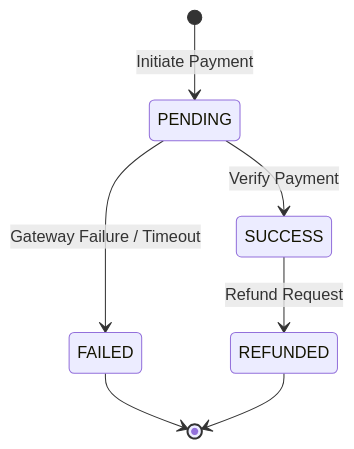
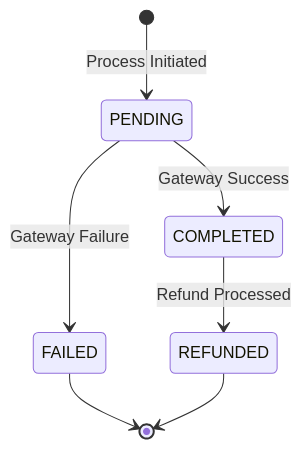
The second of 2 diagrams in docs/Payment.md (Amitgupta0001/amazon-scale-backend), drawn with Mermaid before and after one commit. The commit also changed other lines of this file and 26 other files, not shown here.

Commit message:
docs: document project architecture, API, security, database, and modules

````diff
--- a/docs/Payment.md
+++ b/docs/Payment.md
@@ -202,9 +185,9 @@
 ```mermaid
 stateDiagram-v2
-    [*] --> PENDING: Initiate Payment
-    PENDING --> SUCCESS: Verify Payment
-    PENDING --> FAILED: Gateway Failure / Timeout
-    SUCCESS --> REFUNDED: Refund Request
+    [*] --> PENDING: Process Initiated
+    PENDING --> COMPLETED: Gateway Success
+    PENDING --> FAILED: Gateway Failure
+    COMPLETED --> REFUNDED: Refund Processed
     FAILED --> [*]
     REFUNDED --> [*]
 ```
````
